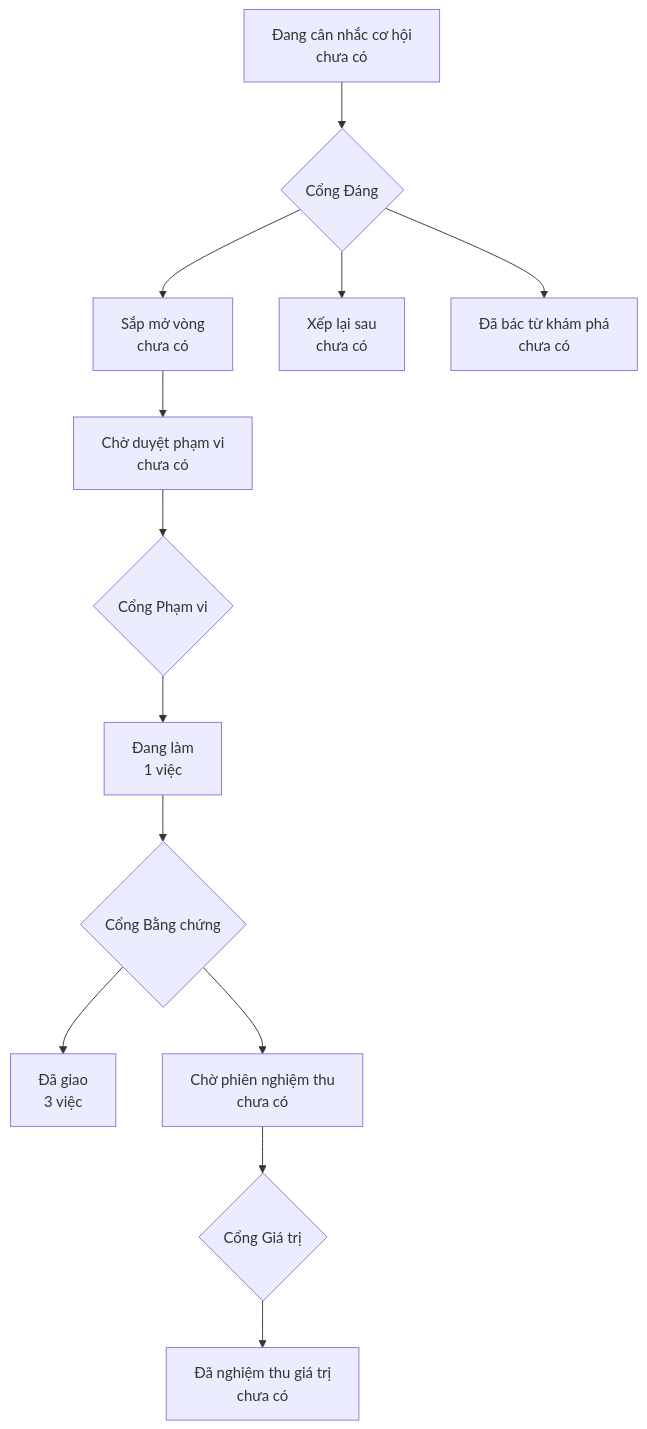
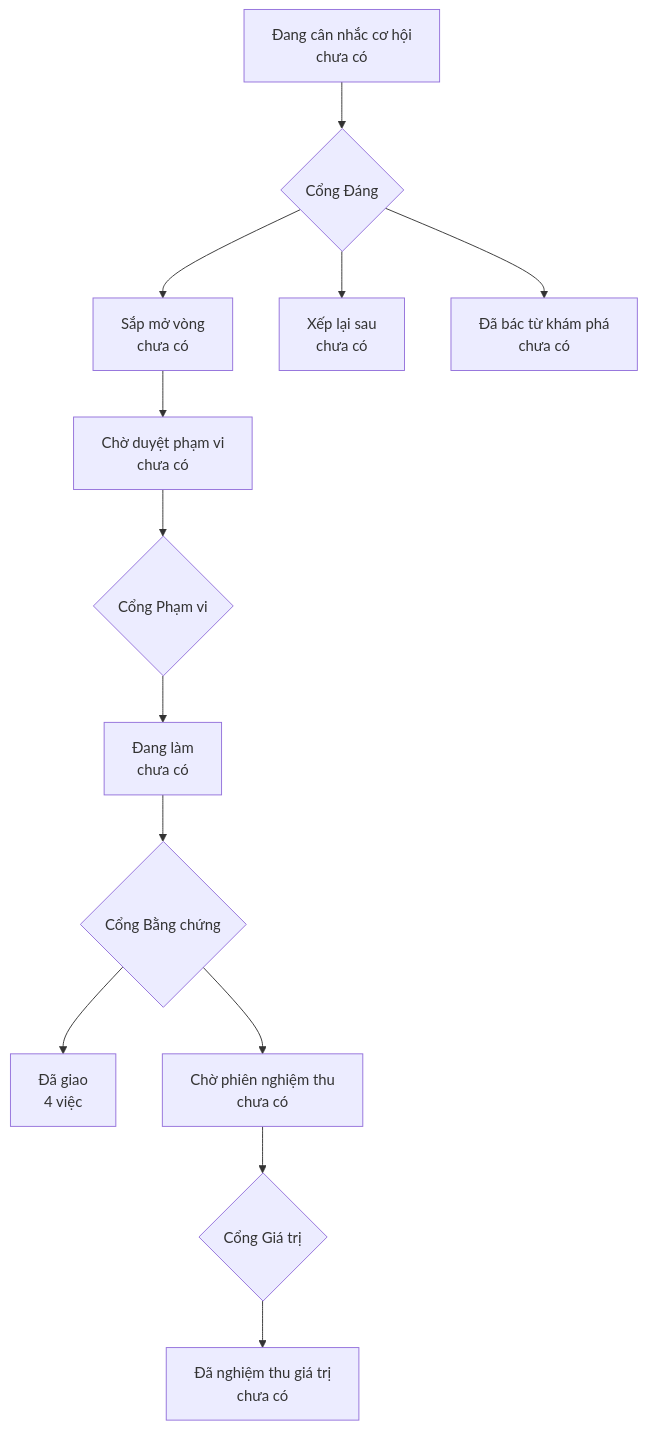
The diagram in PRODUCT-MAP.md (phanlemanh/crm-onehub), drawn with Mermaid before and after one commit. The commit also changed other lines of this file and 3 other files, not shown here.

````diff
--- a/PRODUCT-MAP.md
+++ b/PRODUCT-MAP.md
@@ -6,12 +6,12 @@
 ```mermaid
 flowchart TD
   A["Đang cân nhắc cơ hội<br/>chưa có"] --> GD{"Cổng Đáng"}
   GD --> B["Sắp mở vòng<br/>chưa có"]
   GD --> XL["Xếp lại sau<br/>chưa có"]
   GD --> DB["Đã bác từ khám phá<br/>chưa có"]
   B --> CD["Chờ duyệt phạm vi<br/>chưa có"] --> GP{"Cổng Phạm vi"}
-  GP --> DL["Đang làm<br/>1 việc"] --> GB{"Cổng Bằng chứng"}
-  GB --> DG["Đã giao<br/>3 việc"]
+  GP --> DL["Đang làm<br/>chưa có"] --> GB{"Cổng Bằng chứng"}
+  GB --> DG["Đã giao<br/>4 việc"]
   GB --> CN["Chờ phiên nghiệm thu<br/>chưa có"] --> GG{"Cổng Giá trị"}
   GG --> NT["Đã nghiệm thu giá trị<br/>chưa có"]
 ```
````
